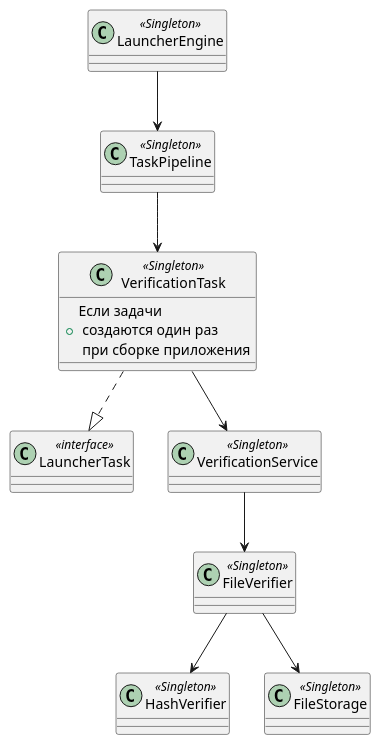
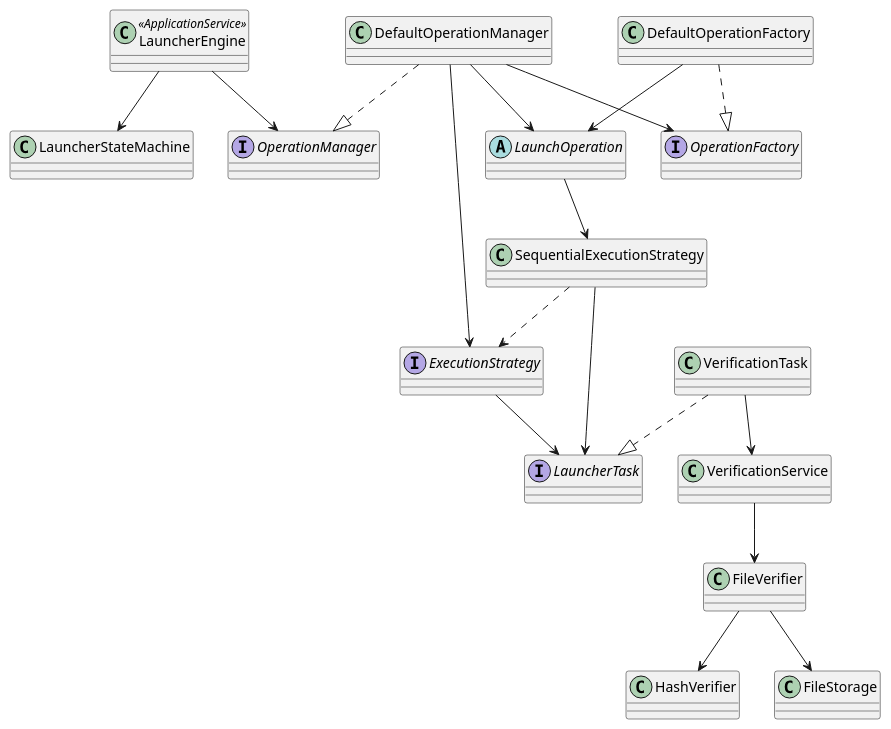
Before and after one commit to Hedgerock/Minecraft-launcher: the diagram in docs/diagrams/dependency/object-dependency.puml, drawn with PlantUML. The commit also changed 49 other files, not shown here.

```diff
--- a/docs/diagrams/dependency/object-dependency.puml
+++ b/docs/diagrams/dependency/object-dependency.puml
@@ -1,20 +1,41 @@
 @startuml
-class LauncherEngine <<Singleton>>
-class TaskPipeline <<Singleton>>
-class VerificationTask <<Singleton>> {
-    + Если задачи\n создаются один раз\n при сборке приложения
-}
-class LauncherTask <<interface>>
-class VerificationService <<Singleton>>
-class FileVerifier <<Singleton>>
-class HashVerifier <<Singleton>>
-class FileStorage <<Singleton>>
 
-LauncherEngine --> TaskPipeline
+class LauncherEngine <<ApplicationService>>
+class LauncherStateMachine
+interface OperationManager
+class DefaultOperationManager
+interface OperationFactory
+class DefaultOperationFactory
+abstract class LaunchOperation
+interface ExecutionStrategy
+class SequentialExecutionStrategy
+interface LauncherTask
+class VerificationTask
+class VerificationService
+class FileVerifier
+class HashVerifier
+class FileStorage
+
+LauncherEngine --> LauncherStateMachine
+LauncherEngine --> OperationManager
+
+DefaultOperationManager ..|> OperationManager
+DefaultOperationManager --> OperationFactory
+DefaultOperationManager --> ExecutionStrategy
+DefaultOperationManager --> LaunchOperation
+
+DefaultOperationFactory ..|> OperationFactory
+DefaultOperationFactory --> LaunchOperation
+
+SequentialExecutionStrategy ..> ExecutionStrategy
+SequentialExecutionStrategy --> LauncherTask
+LaunchOperation --> SequentialExecutionStrategy
+ExecutionStrategy --> LauncherTask
+
 VerificationTask ..|> LauncherTask
-TaskPipeline --> VerificationTask
 VerificationTask --> VerificationService
 VerificationService --> FileVerifier
 FileVerifier --> HashVerifier
 FileVerifier --> FileStorage
+
 @enduml
```
